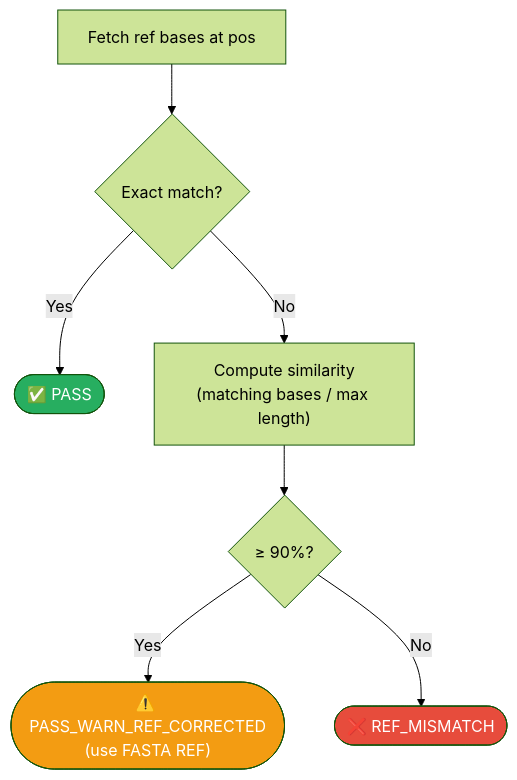
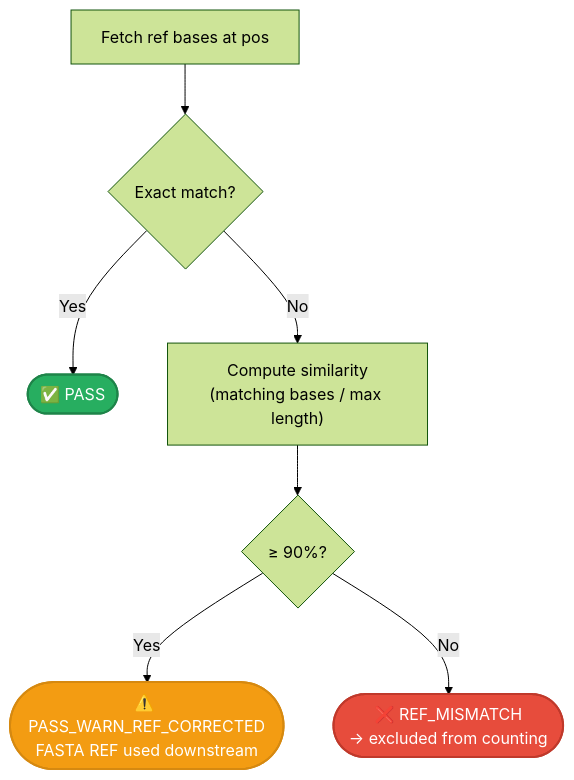
One commit to msk-access/gbcms changed the second of 5 diagrams in docs/reference/variant-normalization.md. Above: the diagram before and after it, drawn with Mermaid (forest theme). The commit also changed other lines of this file and 9 other files, not shown here.

````diff
--- a/docs/reference/variant-normalization.md
+++ b/docs/reference/variant-normalization.md
@@ -53,13 +57,13 @@
 ```mermaid
 flowchart TD
     Fetch["Fetch ref bases at pos"] --> Exact{"Exact match?"}
-    Exact -- "Yes" --> Pass([✅ PASS]):::pass
-    Exact -- "No" --> Sim["Compute similarity\n(matching bases / max length)"]
+    Exact -->|"Yes"| Pass(["✅ PASS"]):::pass
+    Exact -->|"No"| Sim["Compute similarity\n(matching bases / max length)"]
     Sim --> Thresh{"≥ 90%?"}
-    Thresh -- "Yes" --> Corrected(["⚠️ PASS_WARN_REF_CORRECTED\n(use FASTA REF)"]):::warn
-    Thresh -- "No" --> Fail([❌ REF_MISMATCH]):::fail
+    Thresh -->|"Yes"| Corrected(["⚠️ PASS_WARN_REF_CORRECTED\nFASTA REF used downstream"]):::warn
+    Thresh -->|"No"| Fail(["❌ REF_MISMATCH\n→ excluded from counting"]):::fail
 
-    classDef pass fill:#27ae60,color:#fff;
-    classDef warn fill:#f39c12,color:#fff;
-    classDef fail fill:#e74c3c,color:#fff;
+    classDef pass fill:#27ae60,color:#fff,stroke:#1e8449,stroke-width:2px;
+    classDef warn fill:#f39c12,color:#fff,stroke:#d68910,stroke-width:2px;
+    classDef fail fill:#e74c3c,color:#fff,stroke:#c0392b,stroke-width:2px;
 ```
````
